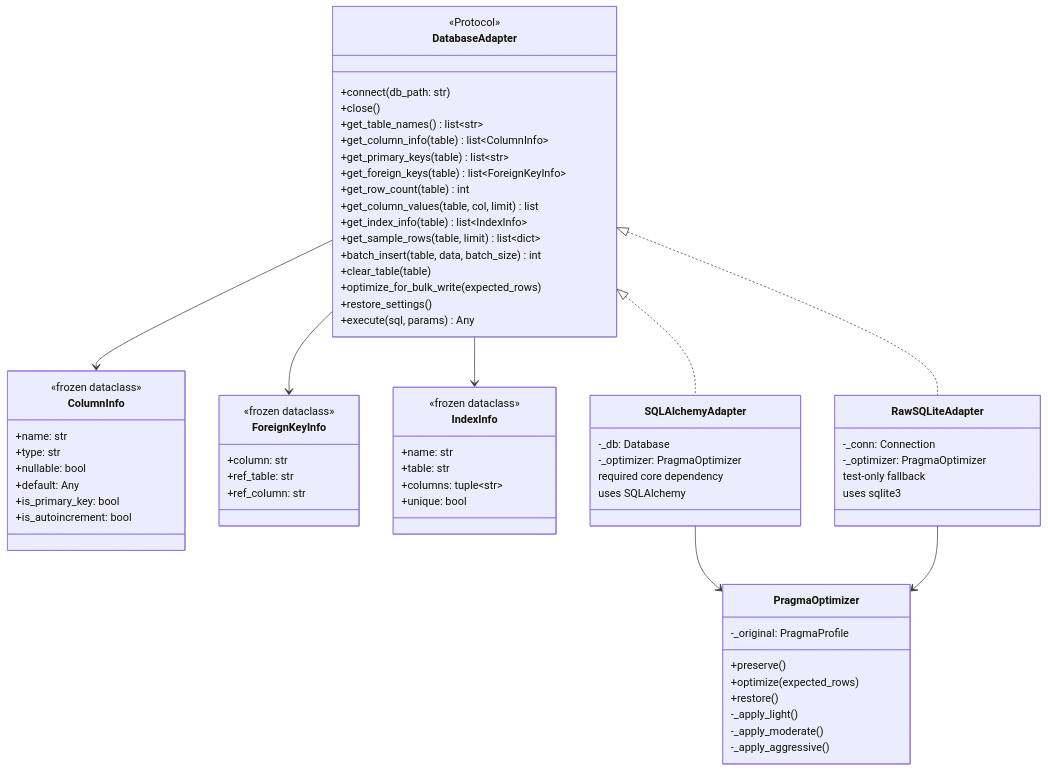
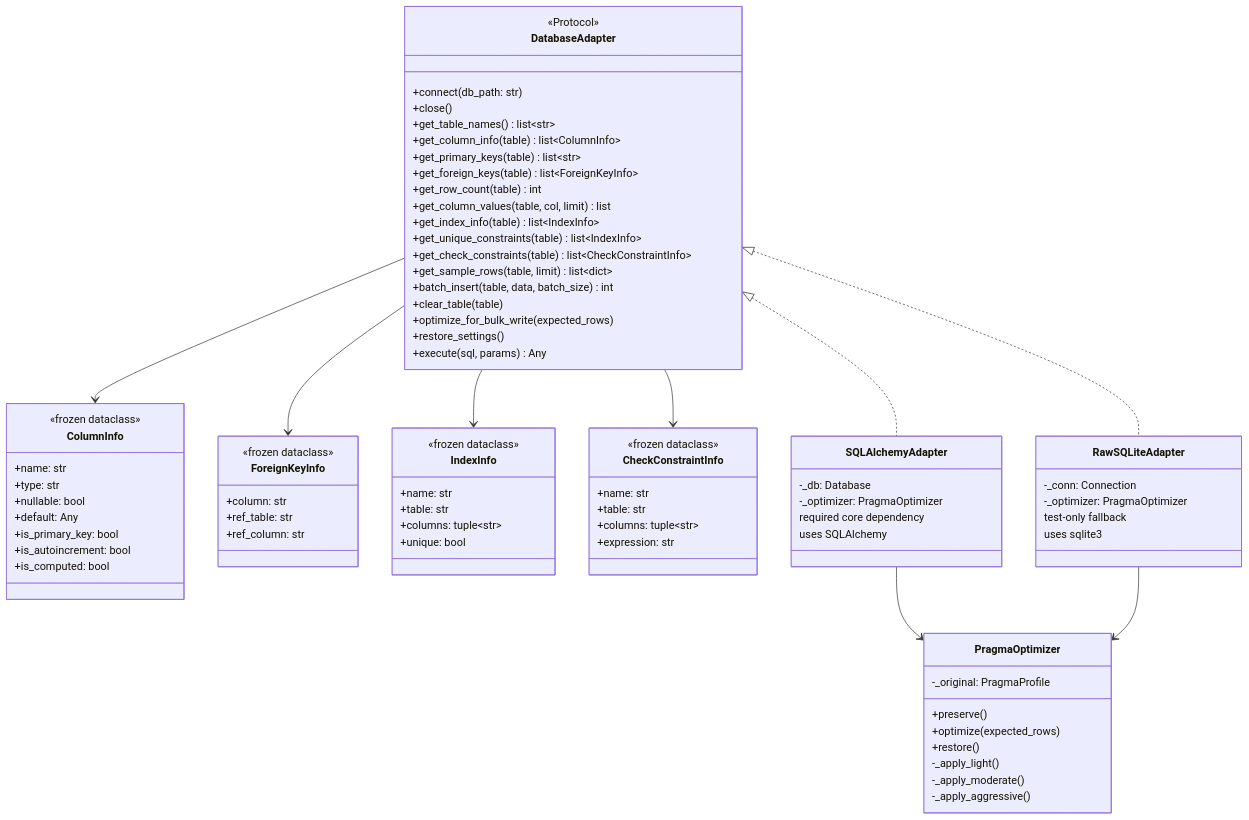
The fifth of 11 diagrams in docs/architecture.md (sunbos/sqlseed), drawn with Mermaid before and after one commit. The commit also changed other lines of this file and 31 other files, not shown here.

````diff
--- a/docs/architecture.md
+++ b/docs/architecture.md
@@ -340,6 +342,8 @@
         +get_row_count(table) int
         +get_column_values(table, col, limit) list
         +get_index_info(table) list~IndexInfo~
+        +get_unique_constraints(table) list~IndexInfo~
+        +get_check_constraints(table) list~CheckConstraintInfo~
         +get_sample_rows(table, limit) list~dict~
         +batch_insert(table, data, batch_size) int
         +clear_table(table)
@@ -356,6 +360,7 @@
         +default: Any
         +is_primary_key: bool
         +is_autoincrement: bool
+        +is_computed: bool
     }
 
     class ForeignKeyInfo {
@@ -371,6 +376,14 @@
         +table: str
         +columns: tuple~str~
         +unique: bool
+    }
+
+    class CheckConstraintInfo {
+        <<frozen dataclass>>
+        +name: str
+        +table: str
+        +columns: tuple~str~
+        +expression: str
     }
 
     class SQLAlchemyAdapter {
@@ -404,4 +417,5 @@
     DatabaseAdapter --> ColumnInfo
     DatabaseAdapter --> ForeignKeyInfo
     DatabaseAdapter --> IndexInfo
+    DatabaseAdapter --> CheckConstraintInfo
 ```
````
